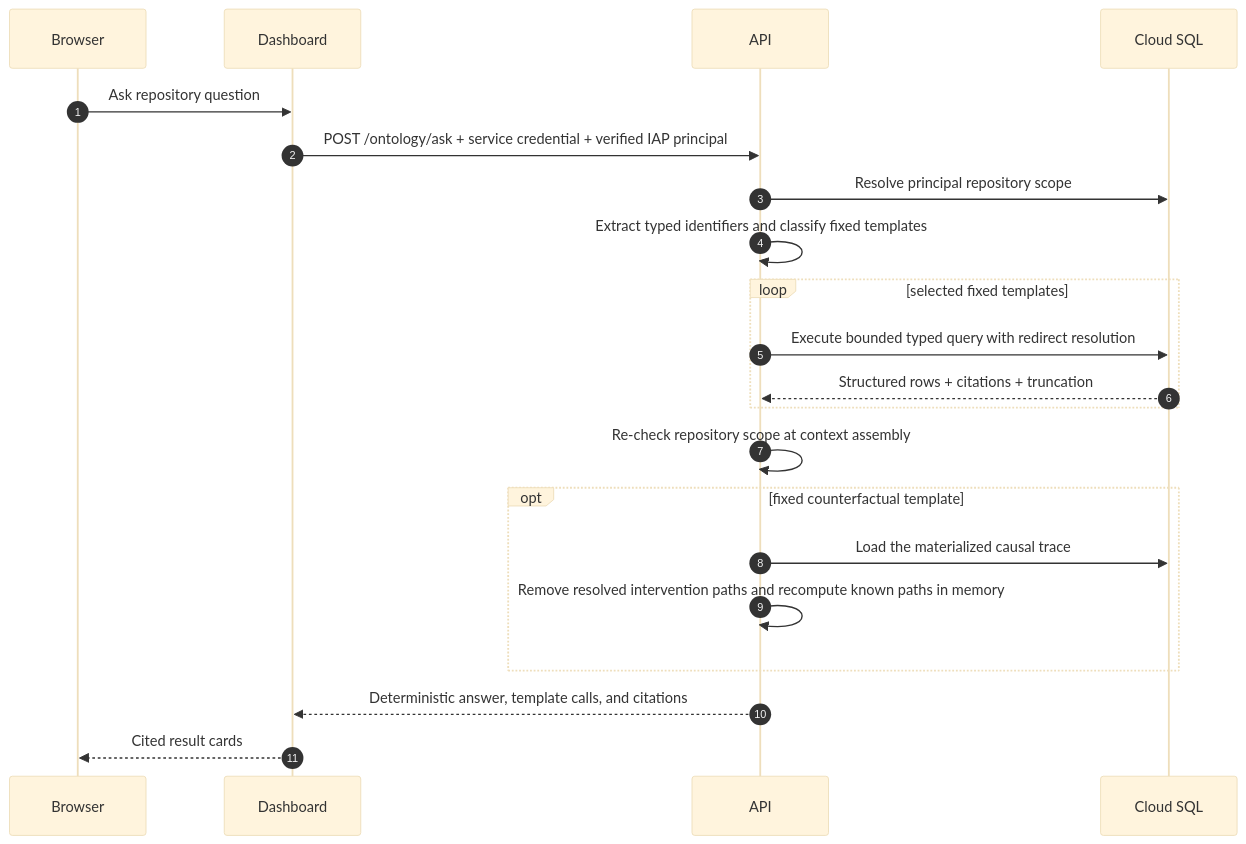
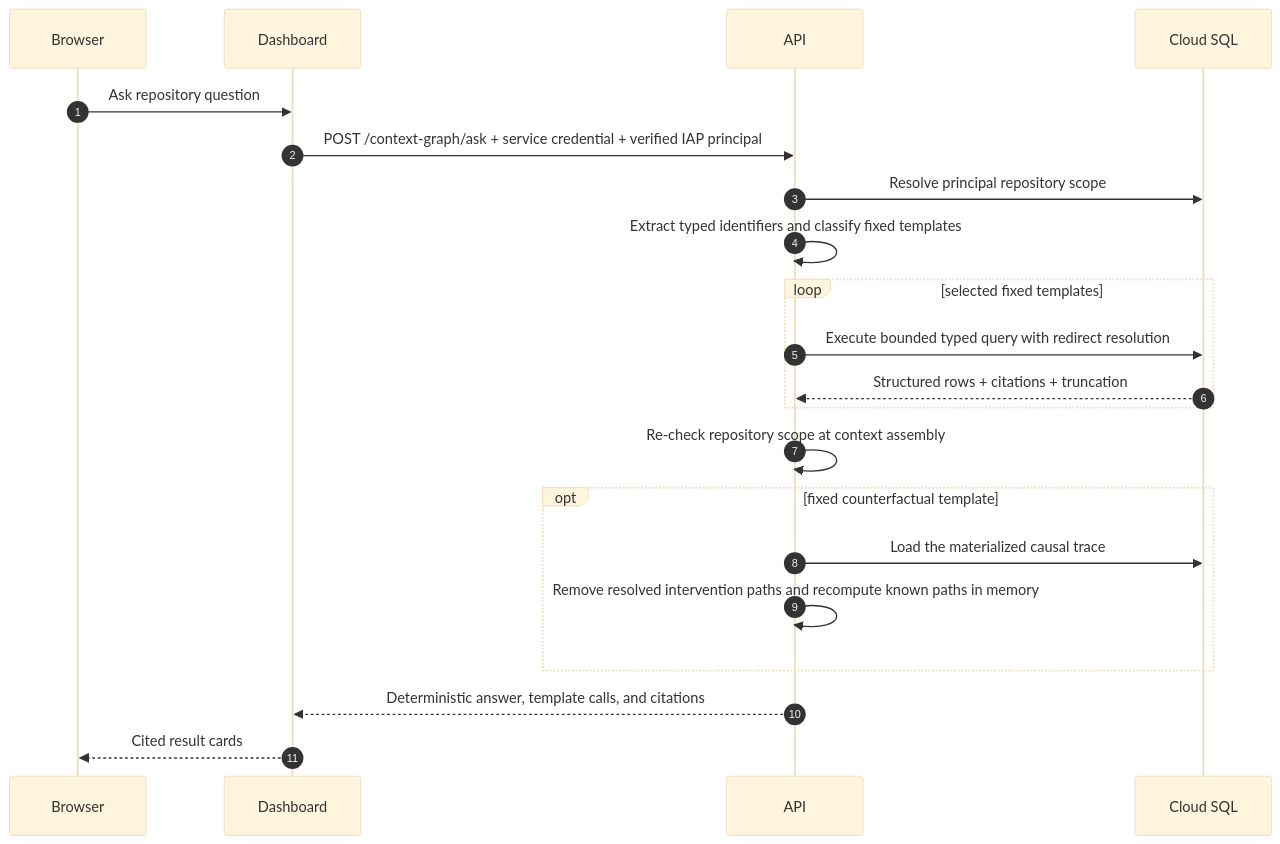
The fourth of 6 diagrams in docs/SEQUENCE_DIAGRAM.md (keon/jina-context-wiki-e2e-20260808), drawn with Mermaid (base theme) before and after one commit. The commit also changed other lines of this file and 72 other files, not shown here.

First line of the commit message:
Rename repository graph to context graph (#53)

````diff
--- a/docs/SEQUENCE_DIAGRAM.md
+++ b/docs/SEQUENCE_DIAGRAM.md
@@ -139,24 +139,24 @@
 ```mermaid
 sequenceDiagram
     autonumber
     participant Browser
     participant Dashboard
     participant API
     participant DB as Cloud SQL
 
     Browser->>Dashboard: Ask repository question
-    Dashboard->>API: POST /ontology/ask + service credential + verified IAP principal
+    Dashboard->>API: POST /context-graph/ask + service credential + verified IAP principal
     API->>DB: Resolve principal repository scope
     API->>API: Extract typed identifiers and classify fixed templates
     loop selected fixed templates
         API->>DB: Execute bounded typed query with redirect resolution
         DB-->>API: Structured rows + citations + truncation
     end
     API->>API: Re-check repository scope at context assembly
     opt fixed counterfactual template
         API->>DB: Load the materialized causal trace
         API->>API: Remove resolved intervention paths and recompute known paths in memory
     end
     API-->>Dashboard: Deterministic answer, template calls, and citations
     Dashboard-->>Browser: Cited result cards
 ```
````
